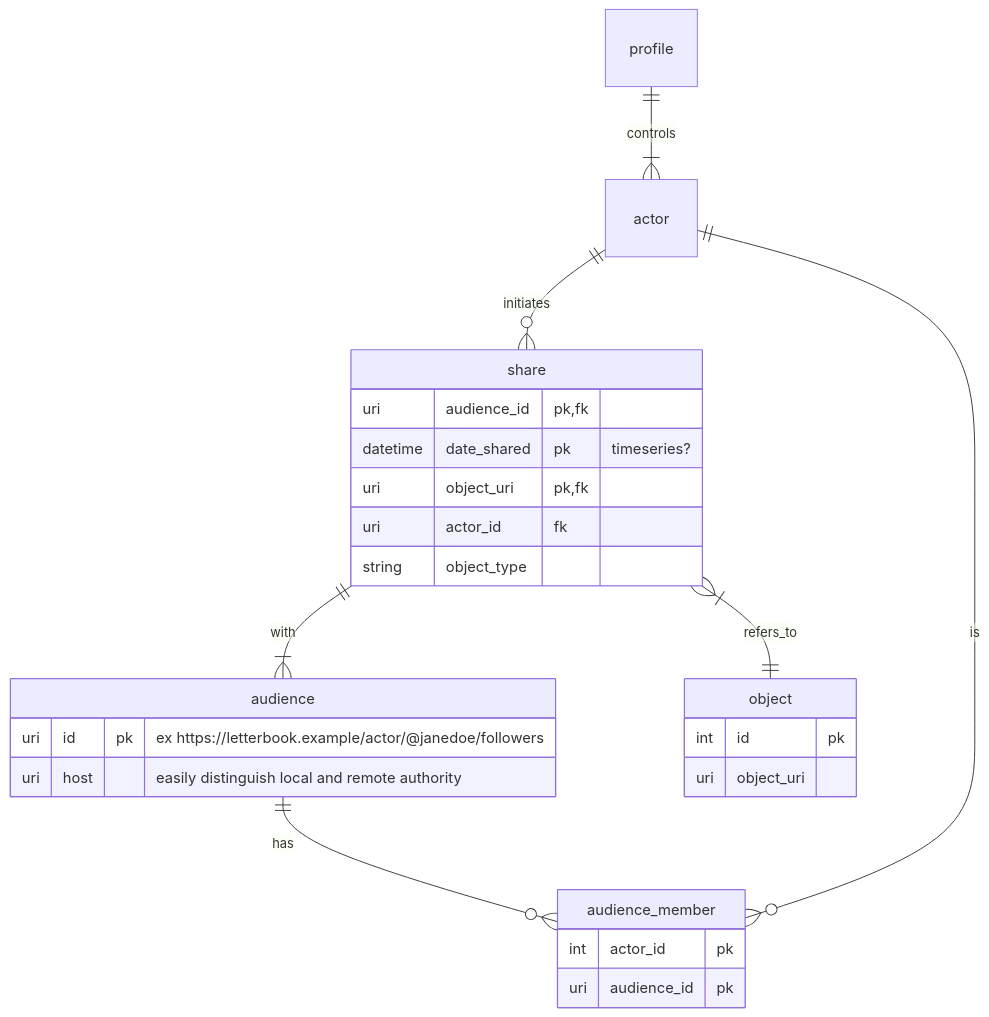
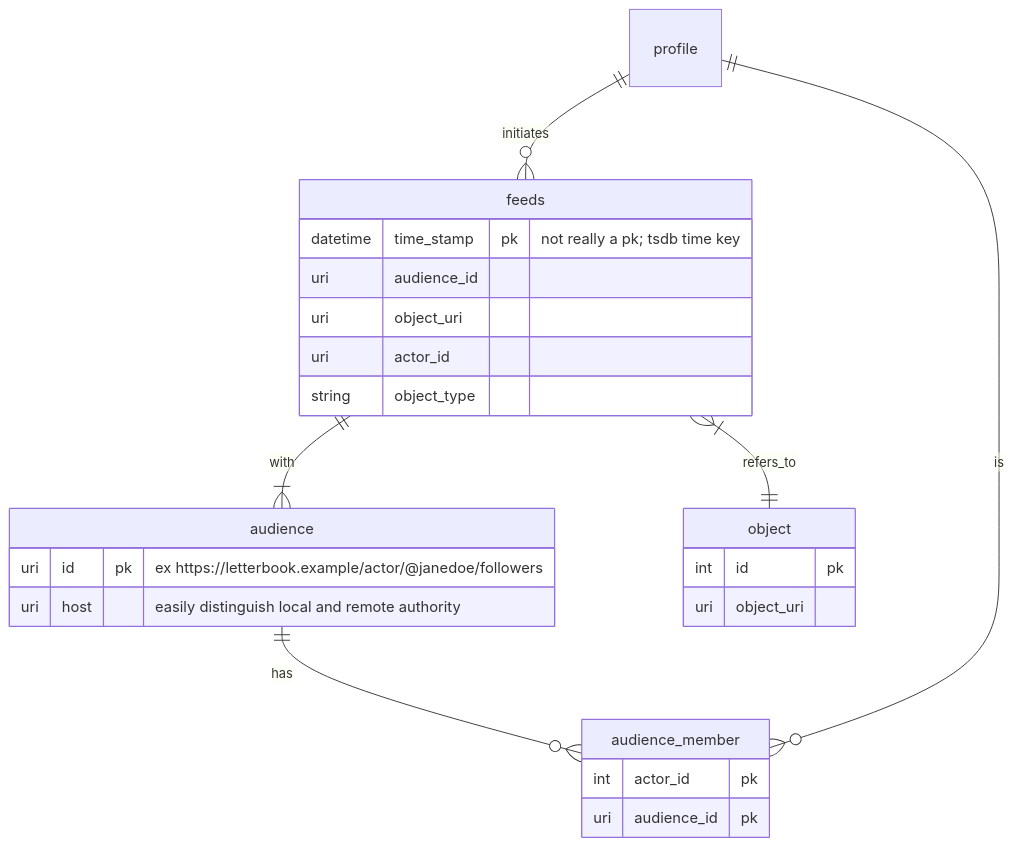
One commit to Letterbook/Letterbook changed the diagram in docs/timeline.md. Above: the diagram before and after it, drawn with Mermaid. The commit also changed other lines of this file and 1 other file, not shown here.

````diff
--- a/docs/timeline.md
+++ b/docs/timeline.md
@@ -5,38 +5,34 @@
 ```mermaid
 erDiagram
     profile {
-
-    }
-    actor {
 
     }
     audience {
         uri id pk "ex https://letterbook.example/actor/@janedoe/followers"
         uri host "easily distinguish local and remote authority"
     }
 
     audience_member {
         int actor_id pk
         uri audience_id pk
     }
 
-    share {
-        uri audience_id pk,fk
-        datetime date_shared pk "timeseries?"
-        uri object_uri pk,fk
-        uri actor_id fk
+    feeds {
+        datetime time_stamp pk "not really a pk; tsdb time key"
+        uri audience_id
+        uri object_uri
+        uri actor_id
         string object_type
     }
 
     object {
         int id pk
         uri object_uri
     }
 
     audience 1--0+ audience_member : has
-    actor 1--0+ audience_member : is
-    profile 1--1+ actor : controls
-    share 1--1+ audience : with
-    actor 1--0+ share : initiates
-    share 1+--1 object : refers_to
+    profile 1--0+ audience_member : is
+    feeds 1--1+ audience : with
+    profile 1--0+ feeds : initiates
+    feeds 1+--1 object : refers_to
 ```
````
